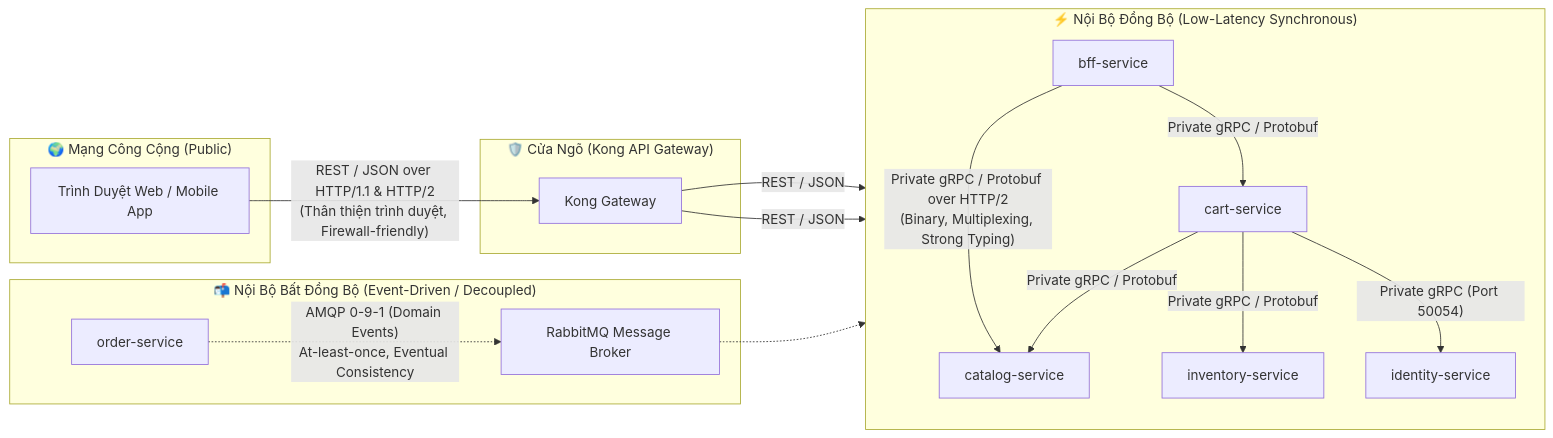
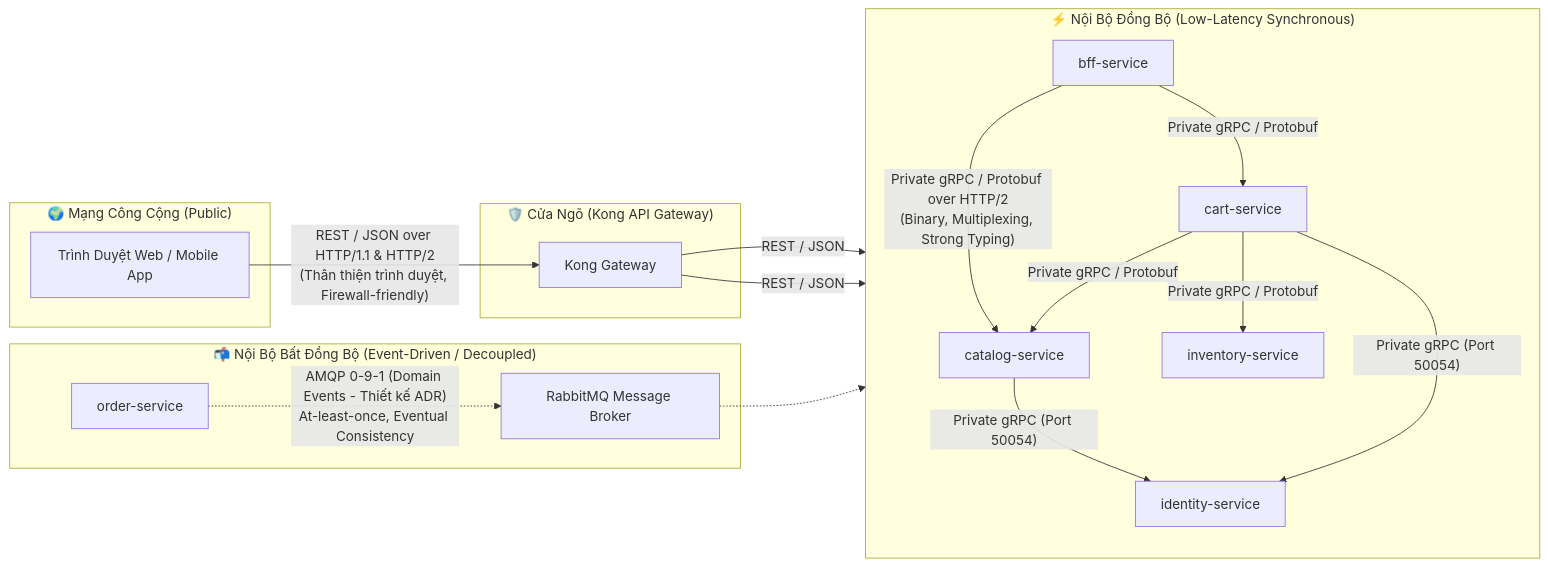
Before and after one commit to tuoitho/dreamshop: the first of 3 diagrams in docs/architecture-evaluation/03-giao-thuc-hop-dong-va-hybrid-routing.md, drawn with Mermaid. The commit also changed other lines of this file and 40 other files, not shown here.

````diff
--- a/docs/architecture-evaluation/03-giao-thuc-hop-dong-va-hybrid-routing.md
+++ b/docs/architecture-evaluation/03-giao-thuc-hop-dong-va-hybrid-routing.md
@@ -11,37 +11,38 @@
 ```mermaid
 flowchart LR
     subgraph External["🌍 Mạng Công Cộng (Public)"]
         Browser["Trình Duyệt Web / Mobile App"]
     end
 
     subgraph Boundary["🛡️ Cửa Ngõ (Kong API Gateway)"]
         Kong["Kong Gateway"]
     end
 
     subgraph Internal_Sync["⚡ Nội Bộ Đồng Bộ (Low-Latency Synchronous)"]
         direction TB
         BFF["bff-service"]
         Catalog["catalog-service"]
         Inventory["inventory-service"]
         Cart["cart-service"]
         Identity["identity-service"]
     end
 
     subgraph Internal_Async["📬 Nội Bộ Bất Đồng Bộ (Event-Driven / Decoupled)"]
         RabbitMQ["RabbitMQ Message Broker"]
         Order["order-service"]
     end
 
     Browser -->|"REST / JSON over HTTP/1.1 & HTTP/2\n(Thân thiện trình duyệt, Firewall-friendly)"| Kong
     Kong -->|"REST / JSON"| BFF
     Kong -->|"REST / JSON"| Identity
 
     BFF -->|"Private gRPC / Protobuf over HTTP/2\n(Binary, Multiplexing, Strong Typing)"| Catalog
     BFF -->|"Private gRPC / Protobuf"| Cart
+    Catalog -->|"Private gRPC (Port 50054)"| Identity
     Cart -->|"Private gRPC / Protobuf"| Catalog
     Cart -->|"Private gRPC / Protobuf"| Inventory
     Cart -->|"Private gRPC (Port 50054)"| Identity
 
-    Order -.->|"AMQP 0-9-1 (Domain Events)\nAt-least-once, Eventual Consistency"| RabbitMQ
+    Order -.->|"AMQP 0-9-1 (Domain Events - Thiết kế ADR)\nAt-least-once, Eventual Consistency"| RabbitMQ
     RabbitMQ -.-> Inventory
 ```
````
